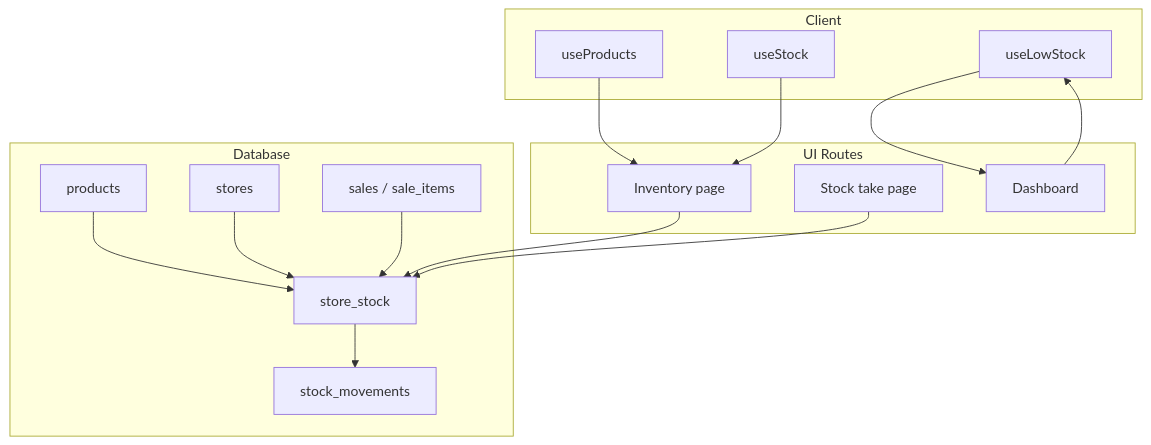
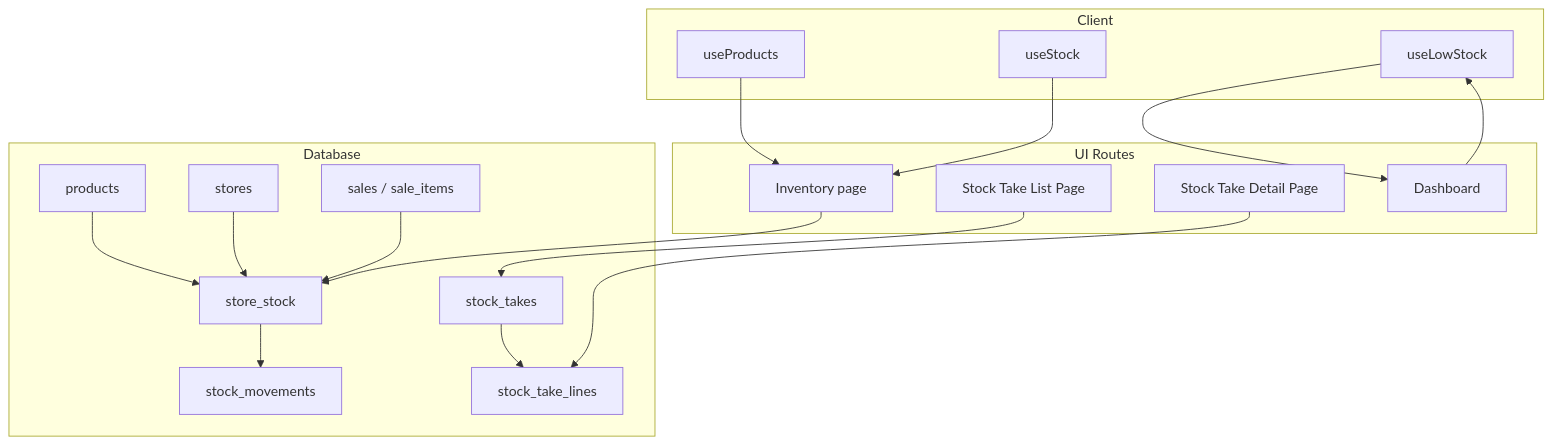
Before and after one commit to themclloyd/storq: the first of 11 diagrams in .qoder/repowiki/en/content/Inventory Management/Stock Tracking & Inventory Levels.md, drawn with Mermaid. The commit also changed other lines of this file and 27 other files, not shown here.

First line of the commit message:
feat(stocktake): restructure stock take workflow into two separate views

````diff
--- a/.qoder/repowiki/en/content/Inventory Management/Stock Tracking & Inventory Levels.md
+++ b/.qoder/repowiki/en/content/Inventory Management/Stock Tracking & Inventory Levels.md
@@ -37,30 +46,35 @@
 ```mermaid
 graph TB
 subgraph "Database"
 SS["store_stock"]
 SM["stock_movements"]
+STK["stock_takes"]
+STKL["stock_take_lines"]
 PR["products"]
 ST["stores"]
 SA["sales / sale_items"]
 end
 subgraph "Client"
 UP["useProducts"]
 US["useStock"]
 UL["useLowStock"]
 end
 subgraph "UI Routes"
 INV["Inventory page"]
-STK["Stock take page"]
+STK_LIST["Stock Take List Page"]
+STK_DETAIL["Stock Take Detail Page"]
 DSH["Dashboard"]
 end
 PR --> SS
 ST --> SS
 SA --> SS
 SS --> SM
+STK --> STKL
 UP --> INV
 US --> INV
 UL --> DSH
 INV --> SS
-STK --> SS
+STK_LIST --> STK
+STK_DETAIL --> STKL
 DSH --> UL
 ```
````
